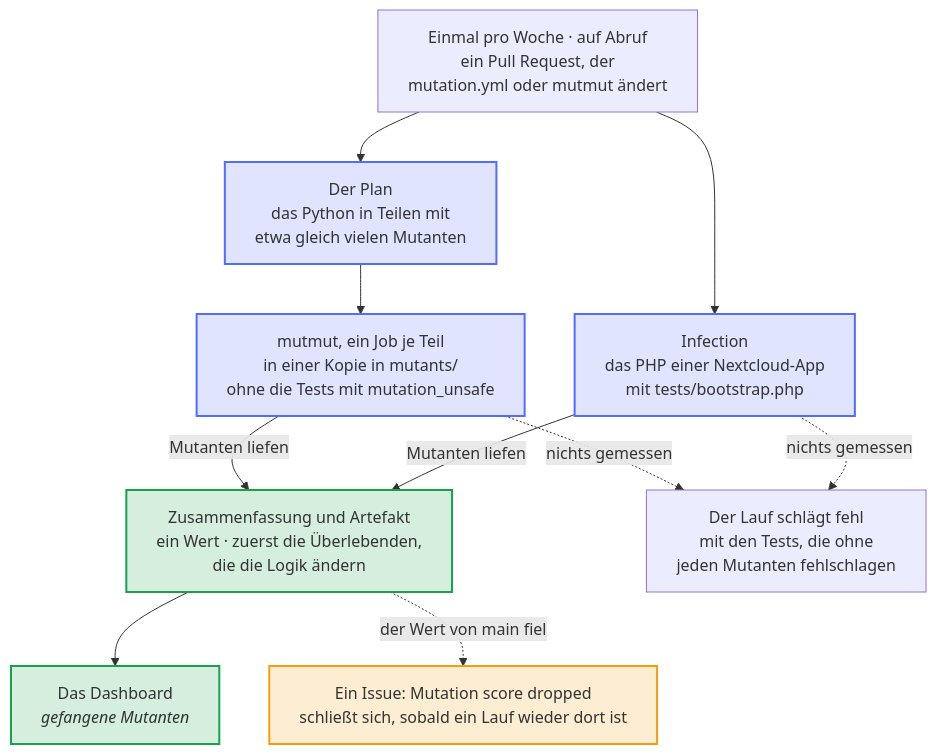
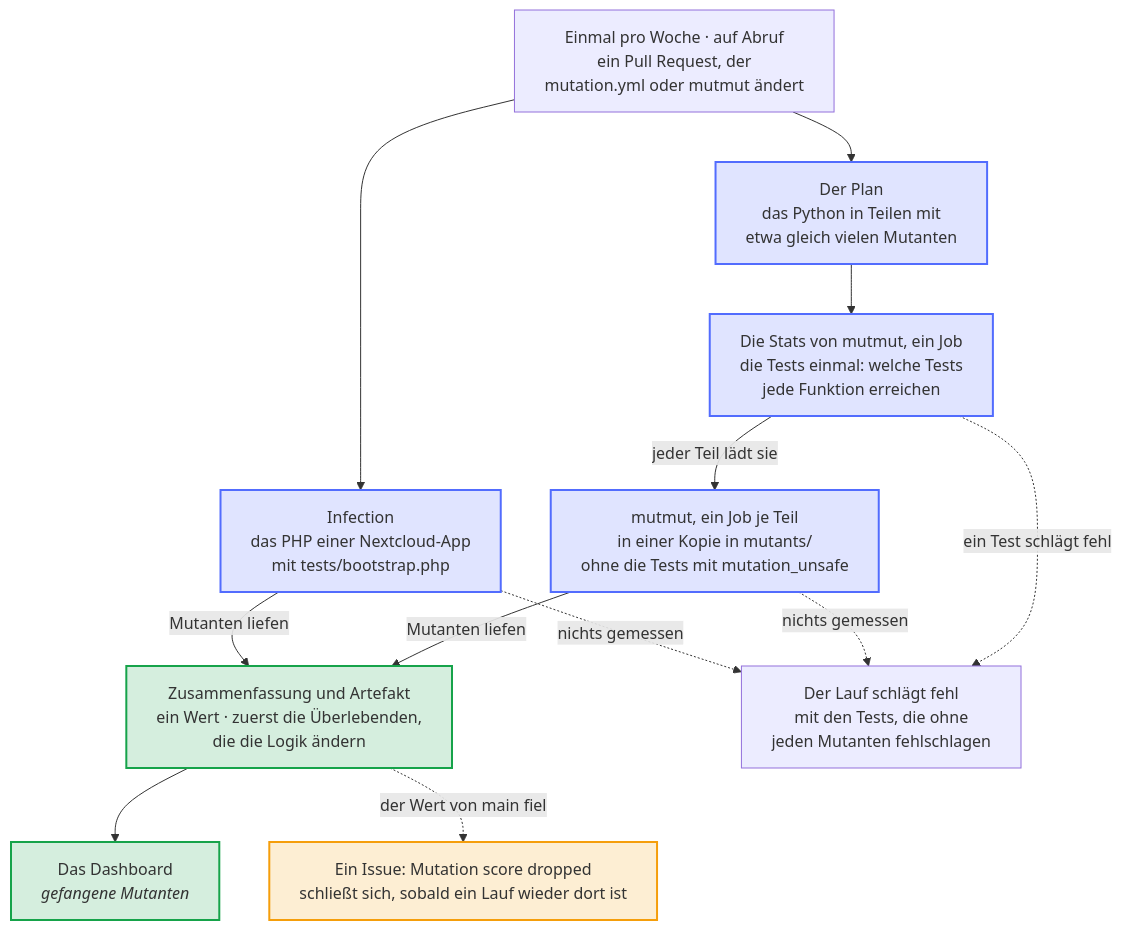
The diagram in docs/diagrams/how-the-mutation-tests-run.de.mmd (Dennis-Otto/repo-blueprint), drawn with Mermaid before and after one commit. The commit also changed 16 other files, not shown here.

Commit message:
perf(mutation): collect mutmut's stats once and share them with every part (#469)

```diff
--- a/docs/diagrams/how-the-mutation-tests-run.de.mmd
+++ b/docs/diagrams/how-the-mutation-tests-run.de.mmd
@@ -1,34 +1,37 @@
 ---
 config:
   flowchart:
     wrappingWidth: 400
 ---
 flowchart TB
     accTitle: Wie die Mutationstests laufen
-    accDescr: Einmal pro Woche, auf Abruf und für einen Pull Request, der ändert, wie sie laufen, führt der Mutation-Workflow die Mutanten aus. Für Python teilt der Plan den Code in Teile mit etwa gleich vielen Mutanten, und mutmut führt jeden Teil in einem eigenen Job aus, in einer Kopie des Repositorys und ohne die Tests mit der Markierung mutation_unsafe; Infection ändert das PHP einer Nextcloud-App, mit dem Bootstrap ihrer Tests. Die Zusammenfassung zeigt einen Wert und zuerst die Überlebenden, die die Logik ändern, mit ihren Änderungen, das Artefakt bewahrt sie auf und das Dashboard zeigt den Wert. Fällt der Wert des Standard-Branches unter den des Laufs davor, öffnet sich ein Issue, das sich schließt, sobald ein Lauf wieder dort ist. Ein Lauf, der nichts gemessen hat, schlägt fehl und nennt die Tests, die ohne jeden Mutanten fehlschlugen.
+    accDescr: Einmal pro Woche, auf Abruf und für einen Pull Request, der ändert, wie sie laufen, führt der Mutation-Workflow die Mutanten aus. Für Python teilt der Plan den Code in Teile mit etwa gleich vielen Mutanten, ein Pull Request probiert eine Stichprobe davon in einem Teil aus, und ein Job führt die Tests einmal aus und zeichnet auf, welche Tests jede Funktion erreichen: die Stats von mutmut, die jeder Teil lädt. mutmut führt jeden Teil in einem eigenen Job aus, in einer Kopie des Repositorys und ohne die Tests mit der Markierung mutation_unsafe; Infection ändert das PHP einer Nextcloud-App, mit dem Bootstrap ihrer Tests. Die Zusammenfassung zeigt einen Wert und zuerst die Überlebenden, die die Logik ändern, mit ihren Änderungen, das Artefakt bewahrt sie auf und das Dashboard zeigt den Wert. Fällt der Wert des Standard-Branches unter den des Laufs davor, öffnet sich ein Issue, das sich schließt, sobald ein Lauf wieder dort ist. Ein Lauf, der nichts gemessen hat, schlägt fehl und nennt die Tests, die ohne jeden Mutanten fehlschlugen; schlagen sie in den Stats fehl, startet kein Teil.
 
     start["Einmal pro Woche · auf Abruf<br>ein Pull Request, der<br>mutation.yml oder mutmut ändert"]
     plan["Der Plan<br>das Python in Teilen mit<br>etwa gleich vielen Mutanten"]
+    stats["Die Stats von mutmut, ein Job<br>die Tests einmal: welche Tests<br>jede Funktion erreichen"]
     python["mutmut, ein Job je Teil<br>in einer Kopie in mutants/<br>ohne die Tests mit mutation_unsafe"]
     php["Infection<br>das PHP einer Nextcloud-App<br>mit tests/bootstrap.php"]
     score["Zusammenfassung und Artefakt<br>ein Wert · zuerst die Überlebenden,<br>die die Logik ändern"]
     dashboard["`Das Dashboard<br>*gefangene Mutanten*`"]
     issue["Ein Issue: Mutation score dropped<br>schließt sich, sobald ein Lauf wieder dort ist"]
     fail["Der Lauf schlägt fehl<br>mit den Tests, die ohne<br>jeden Mutanten fehlschlagen"]
 
     start --> plan
-    plan --> python
+    plan --> stats
+    stats -- "jeder Teil lädt sie" --> python
     start --> php
     python -- "Mutanten liefen" --> score
     php -- "Mutanten liefen" --> score
     score --> dashboard
     score -. "der Wert von main fiel" .-> issue
+    stats -. "ein Test schlägt fehl" .-> fail
     python -. "nichts gemessen" .-> fail
     php -. "nichts gemessen" .-> fail
 
     classDef bot fill:#526cfe2e,stroke:#526cfe,stroke-width:2px
     classDef done fill:#16a34a2e,stroke:#16a34a,stroke-width:2px
     classDef person fill:#f59e0b2e,stroke:#f59e0b,stroke-width:2px
-    class plan,python,php bot
+    class plan,stats,python,php bot
     class score,dashboard done
     class issue person
```
